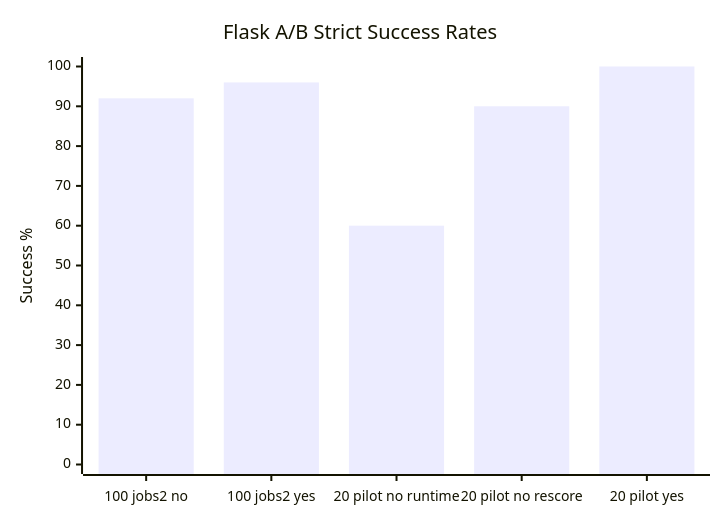
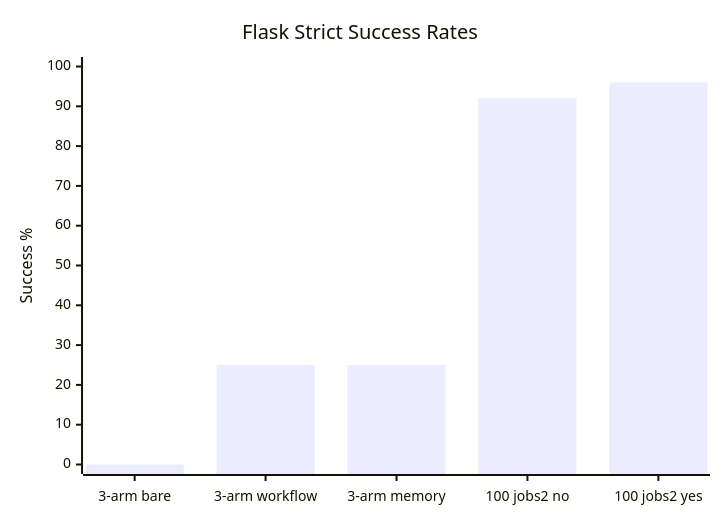
One commit to harnessworks/harness-agent-benchmark-runner changed the diagram in README.md. Above: the diagram before and after it, drawn with Mermaid. The commit also changed other lines of this file and 2 other files, not shown here.

Commit message:
Document all-slim three-arm promotion

````diff
--- a/README.md
+++ b/README.md
@@ -167,7 +118,7 @@
 ```mermaid
 xychart-beta
-    title "Flask A/B Strict Success Rates"
-    x-axis ["100 jobs2 no", "100 jobs2 yes", "20 pilot no runtime", "20 pilot no rescore", "20 pilot yes"]
+    title "Flask Strict Success Rates"
+    x-axis ["3-arm bare", "3-arm workflow", "3-arm memory", "100 jobs2 no", "100 jobs2 yes"]
     y-axis "Success %" 0 --> 100
-    bar [92, 96, 60, 90, 100]
+    bar [0, 25, 25, 92, 96]
 ```
````
